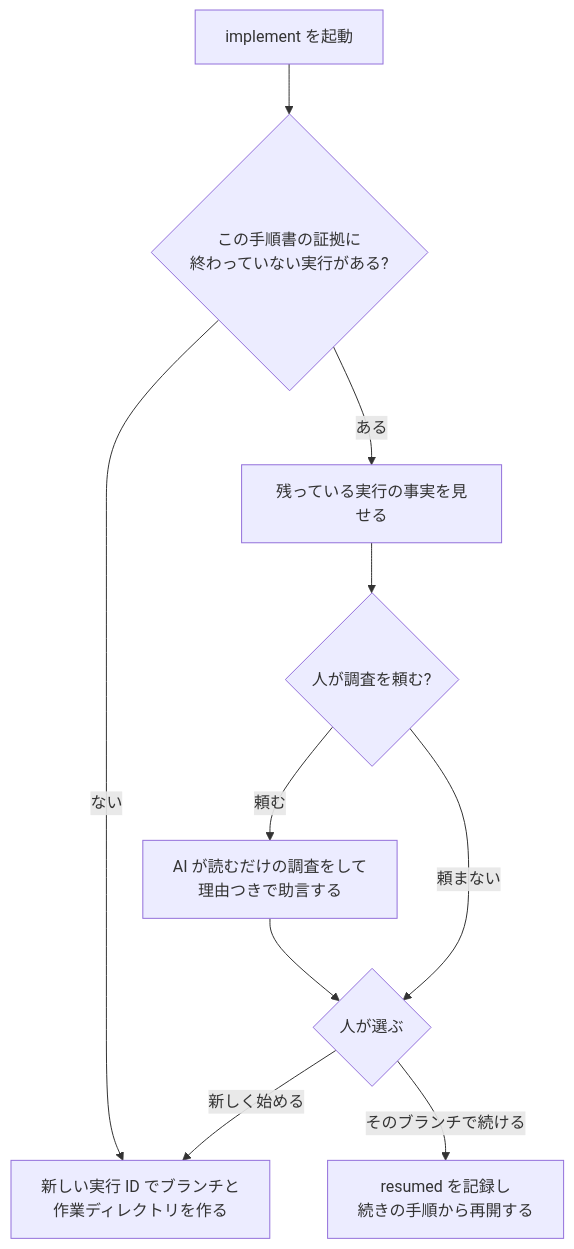
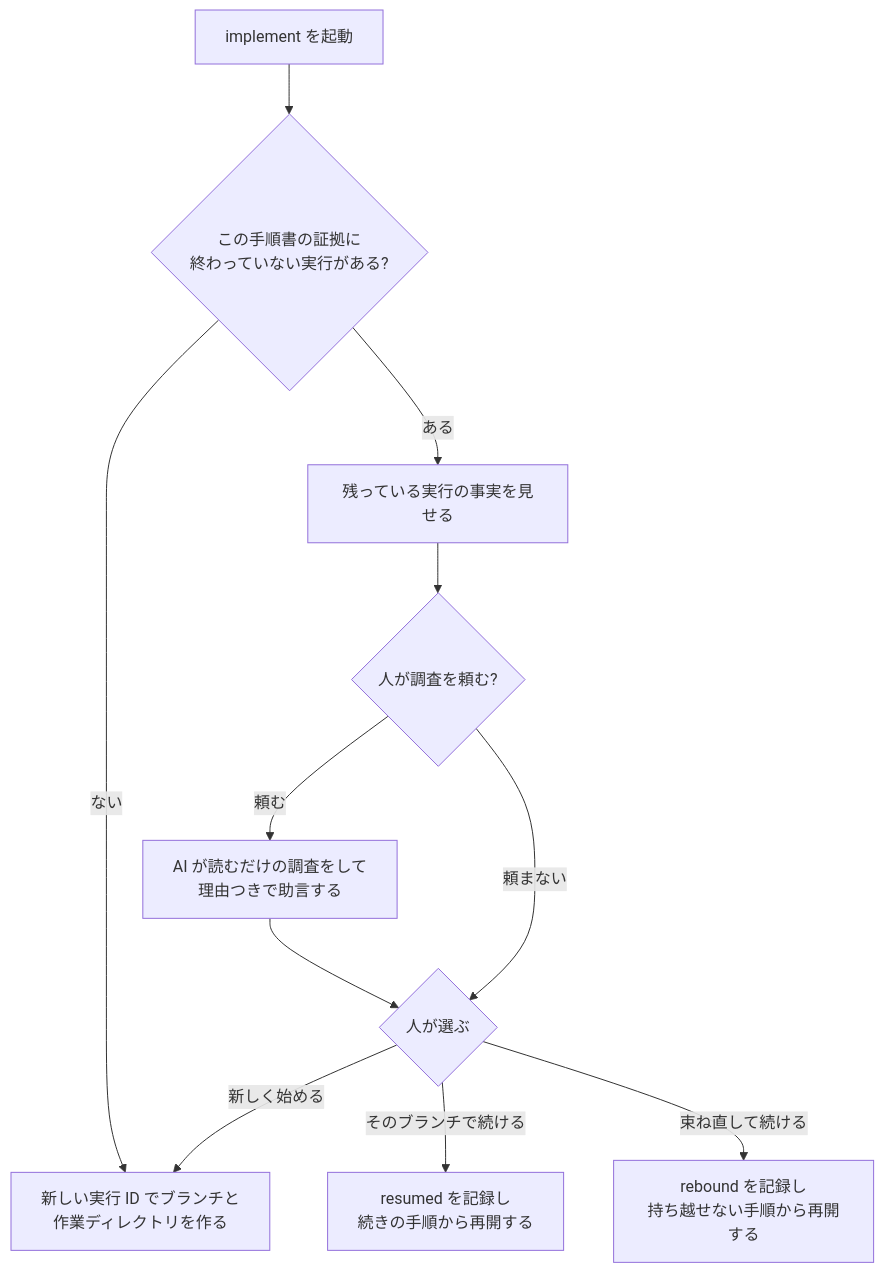
The diagram in docs/spec/implement.md (ba0918/agentic-workflow), drawn with Mermaid before and after one commit. The commit also changed other lines of this file and 4 other files, not shown here.

First line of the commit message:
docs: 止まった実行を束ね直して続けられるように仕様書と ROADMAP を改訂する

````diff
--- a/docs/spec/implement.md
+++ b/docs/spec/implement.md
@@ -72,12 +72,13 @@
 ```mermaid
 flowchart TD
     S[implement を起動] --> Q{この手順書の証拠に<br>終わっていない実行がある?}
     Q -- ない --> N[新しい実行 ID でブランチと<br>作業ディレクトリを作る]
     Q -- ある --> Show[残っている実行の事実を見せる]
     Show --> I{人が調査を頼む?}
     I -- 頼む --> Inv[AI が読むだけの調査をして<br>理由つきで助言する]
     Inv --> H
     I -- 頼まない --> H{人が選ぶ}
     H -- そのブランチで続ける --> R[resumed を記録し<br>続きの手順から再開する]
+    H -- 束ね直して続ける --> RB[rebound を記録し<br>持ち越せない手順から再開する]
     H -- 新しく始める --> N
 ```
````
